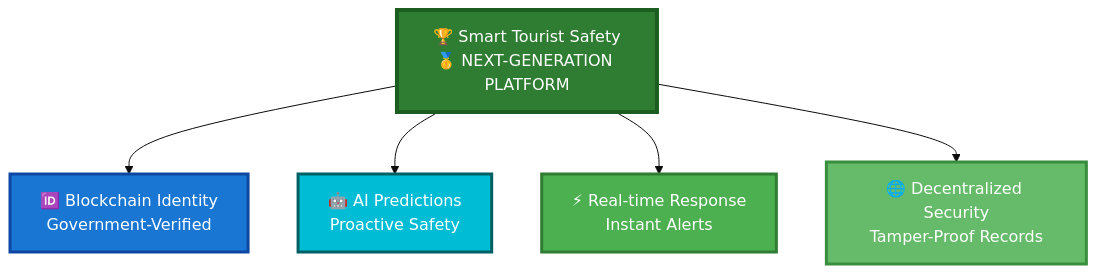
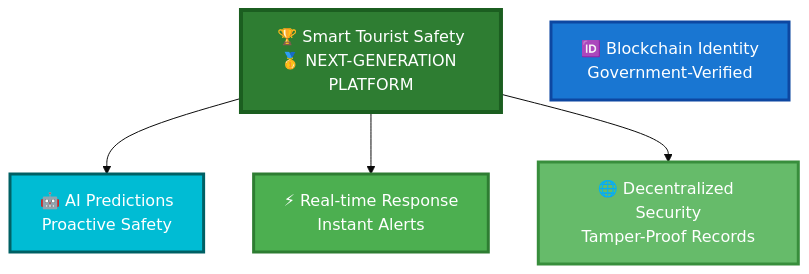
Before and after one commit to AnupamSingh2004/Safer: the fourth of 8 diagrams in architecture.md, drawn with Mermaid (base theme). The commit also changed other lines of this file and 4 other files, not shown here.

````diff
--- a/architecture.md
+++ b/architecture.md
@@ -104,20 +101,19 @@
 ```mermaid
 graph TB
     CENTER[🏆 Smart Tourist Safety<br/>🥇 NEXT-GENERATION PLATFORM]
     
     F1[🆔 Blockchain Identity<br/>Government-Verified]
     F2[🤖 AI Predictions<br/>Proactive Safety]
     F3[⚡ Real-time Response<br/>Instant Alerts]
     F4[🌐 Decentralized Security<br/>Tamper-Proof Records]
     
-    CENTER --> F1
     CENTER --> F2
     CENTER --> F3
     CENTER --> F4
     
     style CENTER fill:#2E7D32,stroke:#1B5E20,stroke-width:4px,color:#fff
     style F1 fill:#1976D2,stroke:#0D47A1,stroke-width:3px,color:#fff
     style F2 fill:#00BCD4,stroke:#006064,stroke-width:3px,color:#fff
     style F3 fill:#4CAF50,stroke:#2E7D32,stroke-width:3px,color:#fff
     style F4 fill:#66BB6A,stroke:#388E3C,stroke-width:3px,color:#fff
 ```
````
